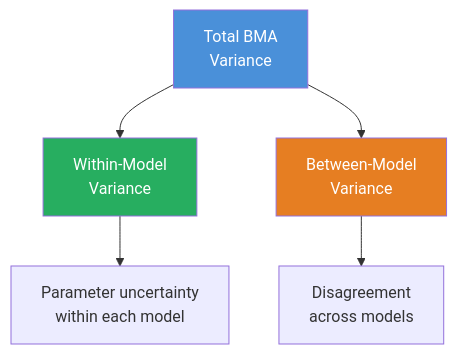
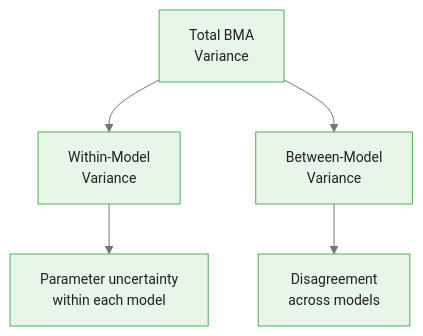
One commit to m-deane/course-creator changed the first of 4 diagrams in courses/bayesian-commodity-forecasting/modules/module_08_fundamentals_integration/guides/03_bayesian_model_averaging_slides.md. Above: the diagram before and after it, drawn with Mermaid. The commit also changed other lines of this file and 104 other files, not shown here.

````diff
--- a/courses/bayesian-commodity-forecasting/modules/module_08_fundamentals_integration/guides/03_bayesian_model_averaging_slides.md
+++ b/courses/bayesian-commodity-forecasting/modules/module_08_fundamentals_integration/guides/03_bayesian_model_averaging_slides.md
@@ -47,10 +55,8 @@
 ```mermaid
+%%{init: {"theme": "base", "themeVariables": {"primaryColor": "#e8f5e9", "primaryBorderColor": "#4caf50", "primaryTextColor": "#212121", "secondaryColor": "#e3f2fd", "tertiaryColor": "#fff8e1", "lineColor": "#757575", "fontFamily": "Inter, sans-serif", "fontSize": "14px"}}}%%
 flowchart TD
     TOTAL["Total BMA\nVariance"] --> WITHIN["Within-Model\nVariance"]
     TOTAL --> BETWEEN["Between-Model\nVariance"]
     WITHIN --> W1["Parameter uncertainty\nwithin each model"]
     BETWEEN --> B1["Disagreement\nacross models"]
-    style TOTAL fill:#4a90d9,color:#fff
-    style WITHIN fill:#27ae60,color:#fff
-    style BETWEEN fill:#e67e22,color:#fff
 ```
````
